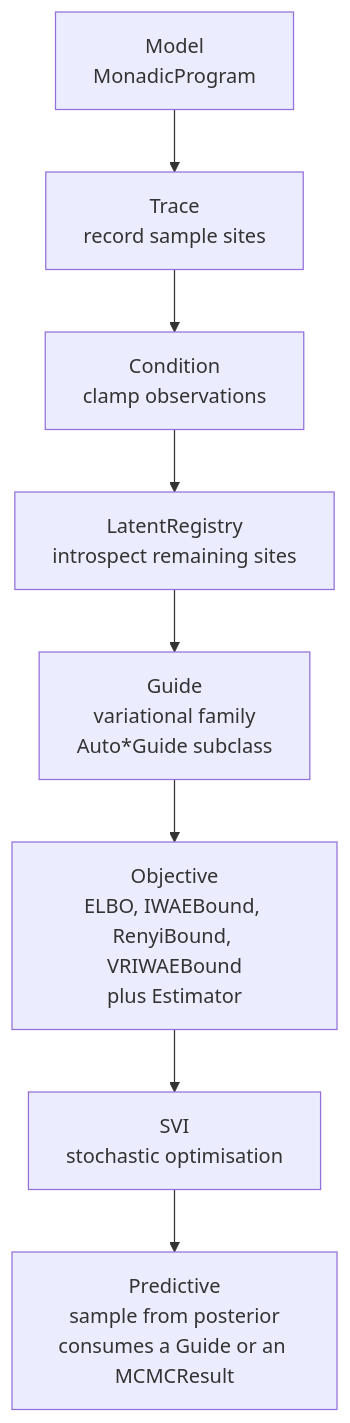
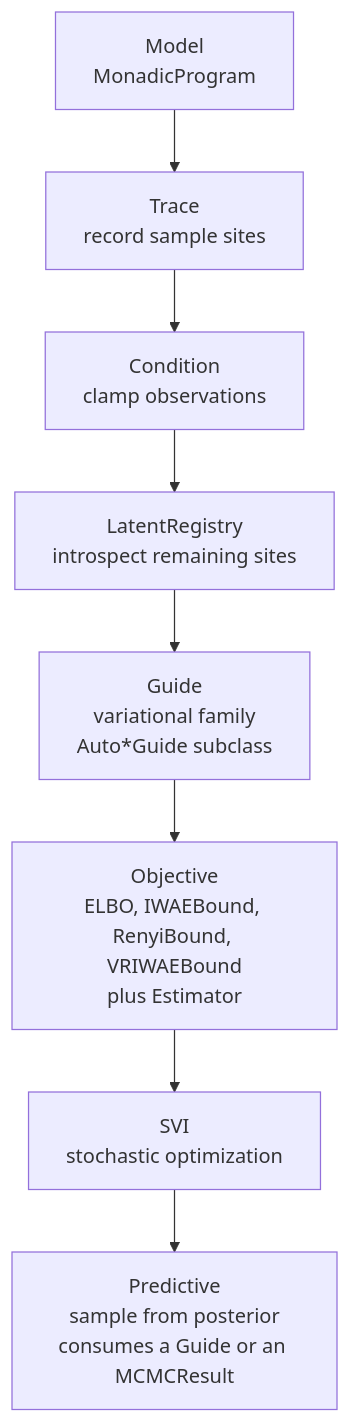
One commit to FACTSlab/quivers changed the second of 2 diagrams in docs/guides/inference.md. Above: the diagram before and after it, drawn with Mermaid. The commit also changed other lines of this file and 73 other files, not shown here.

````diff
--- a/docs/guides/inference.md
+++ b/docs/guides/inference.md
@@ -22,12 +22,12 @@
 ```mermaid
 flowchart TB
     M["Model<br/>MonadicProgram"]
     T["Trace<br/>record sample sites"]
     C["Condition<br/>clamp observations"]
     LR["LatentRegistry<br/>introspect remaining sites"]
     G["Guide<br/>variational family<br/>Auto*Guide subclass"]
     O["Objective<br/>ELBO, IWAEBound, RenyiBound, VRIWAEBound<br/>plus Estimator"]
-    S["SVI<br/>stochastic optimisation"]
+    S["SVI<br/>stochastic optimization"]
     P["Predictive<br/>sample from posterior<br/>consumes a Guide or an MCMCResult"]
     M --> T --> C --> LR --> G --> O --> S --> P
 ```
````
